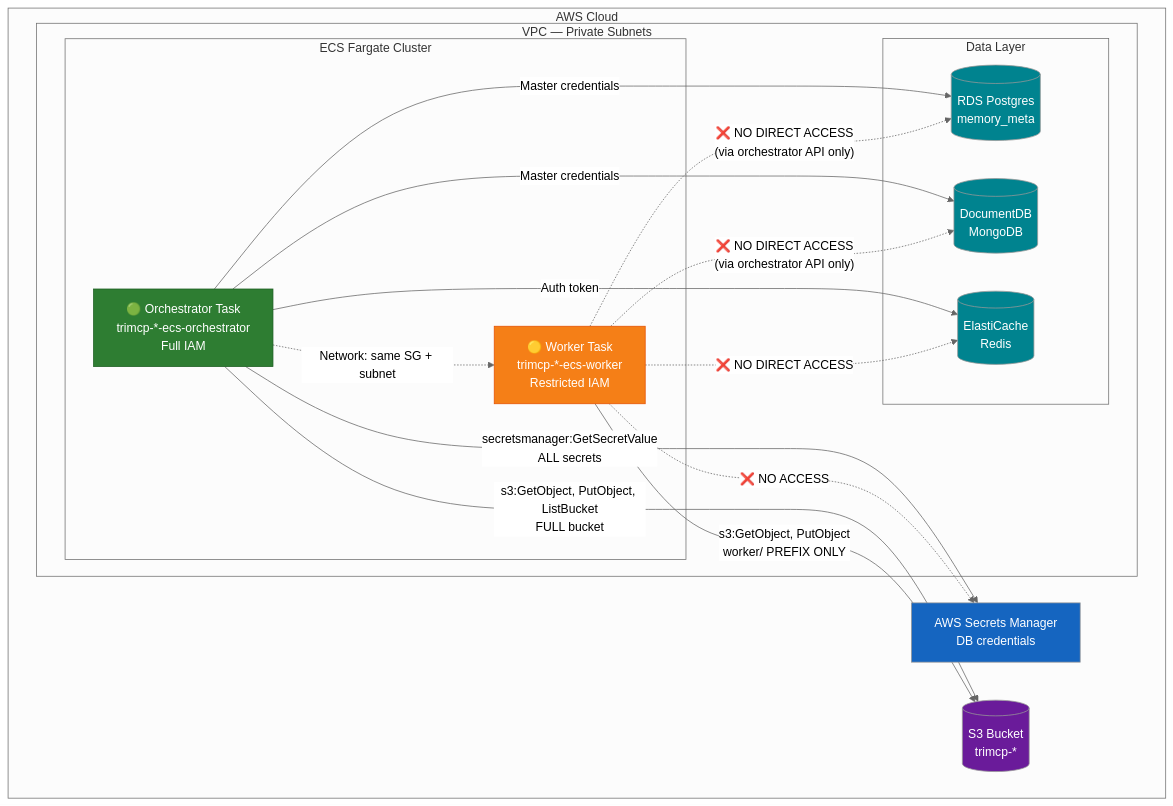
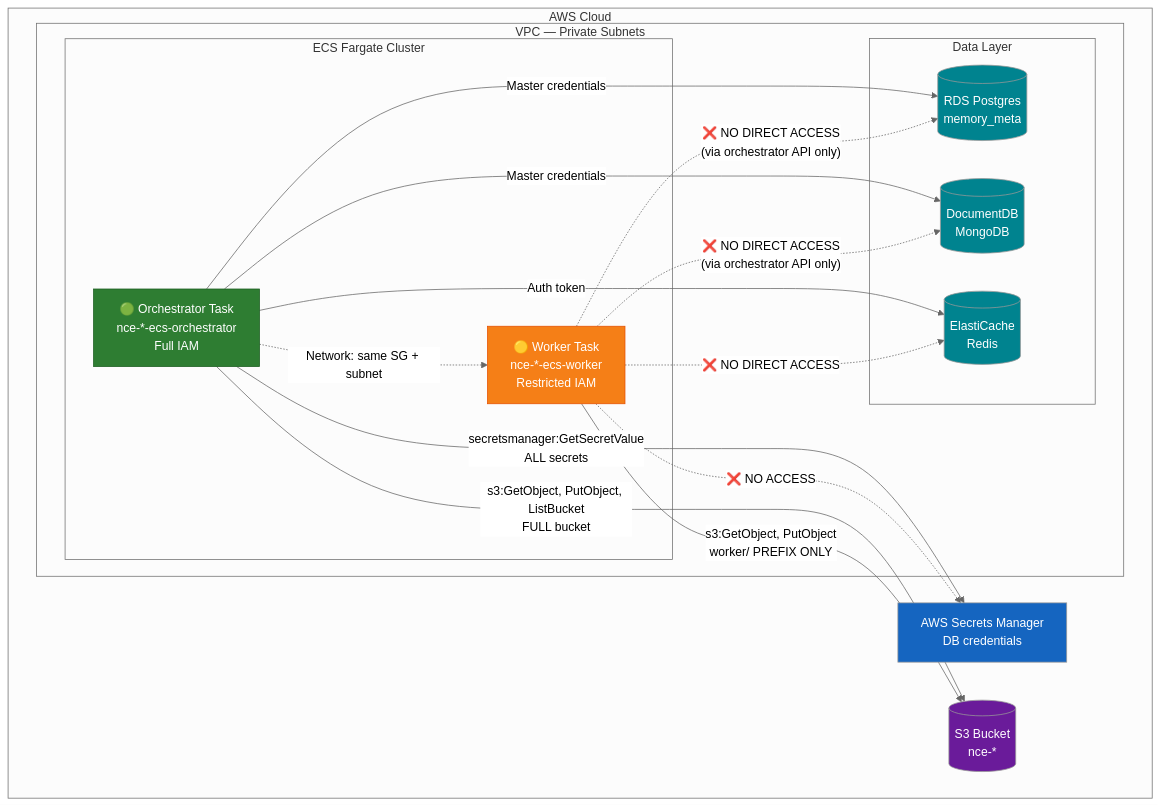
One commit to sindrehaugen/TriMCP changed the diagram in docs/aws_iam_worker_isolation.md. Above: the diagram before and after it, drawn with Mermaid (neutral theme). The commit also changed other lines of this file and 498 other files, not shown here.

````diff
--- a/docs/aws_iam_worker_isolation.md
+++ b/docs/aws_iam_worker_isolation.md
@@ -22,44 +22,44 @@
 ```mermaid
 graph TB
     subgraph "AWS Cloud"
         subgraph "VPC — Private Subnets"
             subgraph "ECS Fargate Cluster"
-                ORCH[🟢 Orchestrator Task<br/>trimcp-*-ecs-orchestrator<br/>Full IAM]
-                WKR[🟡 Worker Task<br/>trimcp-*-ecs-worker<br/>Restricted IAM]
+                ORCH[🟢 Orchestrator Task<br/>nce-*-ecs-orchestrator<br/>Full IAM]
+                WKR[🟡 Worker Task<br/>nce-*-ecs-worker<br/>Restricted IAM]
             end
 
             subgraph "Data Layer"
                 RDS[(RDS Postgres<br/>memory_meta)]
                 DOCDB[(DocumentDB<br/>MongoDB)]
                 REDIS[(ElastiCache<br/>Redis)]
             end
         end
 
-        S3[("S3 Bucket<br/>trimcp-*")]
+        S3[("S3 Bucket<br/>nce-*")]
         SM["AWS Secrets Manager<br/>DB credentials"]
     end
 
     %% IAM boundaries
     ORCH -->|"secretsmanager:GetSecretValue<br/>ALL secrets"| SM
     ORCH -->|"s3:GetObject, PutObject, ListBucket<br/>FULL bucket"| S3
     ORCH -->|"Master credentials"| RDS
     ORCH -->|"Master credentials"| DOCDB
     ORCH -->|"Auth token"| REDIS
 
     WKR -->|"s3:GetObject, PutObject<br/>worker/ PREFIX ONLY"| S3
     WKR -.->|"❌ NO ACCESS"| SM
     WKR -.->|"❌ NO DIRECT ACCESS<br/>(via orchestrator API only)"| RDS
     WKR -.->|"❌ NO DIRECT ACCESS<br/>(via orchestrator API only)"| DOCDB
     WKR -.->|"❌ NO DIRECT ACCESS"| REDIS
 
     %% Network — same security group, same subnets, DIFFERENT IAM
     ORCH -.->|"Network: same SG + subnet"| WKR
 
     style ORCH fill:#2e7d32,color:#fff,stroke:#1b5e20
     style WKR fill:#f57f17,color:#fff,stroke:#e65100
     style SM fill:#1565c0,color:#fff
     style S3 fill:#6a1b9a,color:#fff
     style RDS fill:#00838f,color:#fff
     style DOCDB fill:#00838f,color:#fff
     style REDIS fill:#00838f,color:#fff
 ```
````
